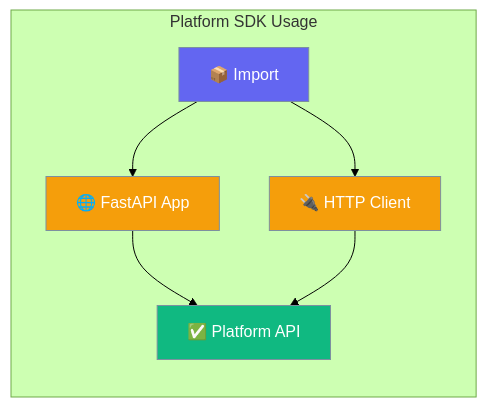
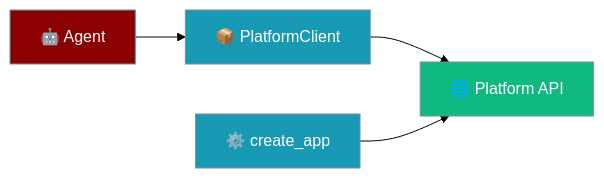
Before and after one commit to MervinPraison/PraisonAIDocs: the diagram in docs/features/platform-python-sdk.mdx, drawn with Mermaid (forest theme). The commit also changed other lines of this file and 4 other files, not shown here.

````diff
--- a/docs/features/platform-python-sdk.mdx
+++ b/docs/features/platform-python-sdk.mdx
@@ -10,17 +27,14 @@
 ```mermaid
 graph LR
-    subgraph "Platform SDK Usage"
-        A[📦 Import] --> B[🌐 FastAPI App]
-        A --> C[🔌 HTTP Client]
-        B --> D[✅ Platform API]
-        C --> D
-    end
-    
-    classDef import fill:#6366F1,stroke:#7C90A0,color:#fff
-    classDef app fill:#F59E0B,stroke:#7C90A0,color:#fff
-    classDef output fill:#10B981,stroke:#7C90A0,color:#fff
-    
-    class A import
-    class B,C app
-    class D output
+    Agent[🤖 Agent] --> SDK[📦 PlatformClient]
+    SDK --> API[🌐 Platform API]
+    Server[⚙️ create_app] --> API
+
+    classDef agent fill:#8B0000,stroke:#7C90A0,color:#fff
+    classDef sdk fill:#189AB4,stroke:#7C90A0,color:#fff
+    classDef api fill:#10B981,stroke:#7C90A0,color:#fff
+
+    class Agent agent
+    class SDK,Server sdk
+    class API api
 ```
````
